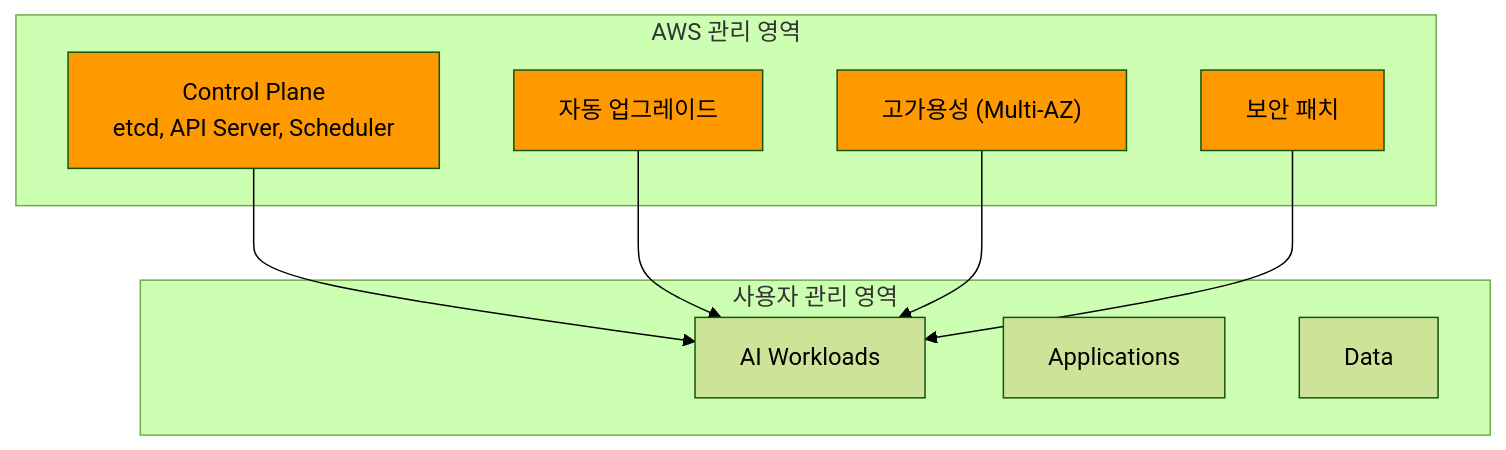
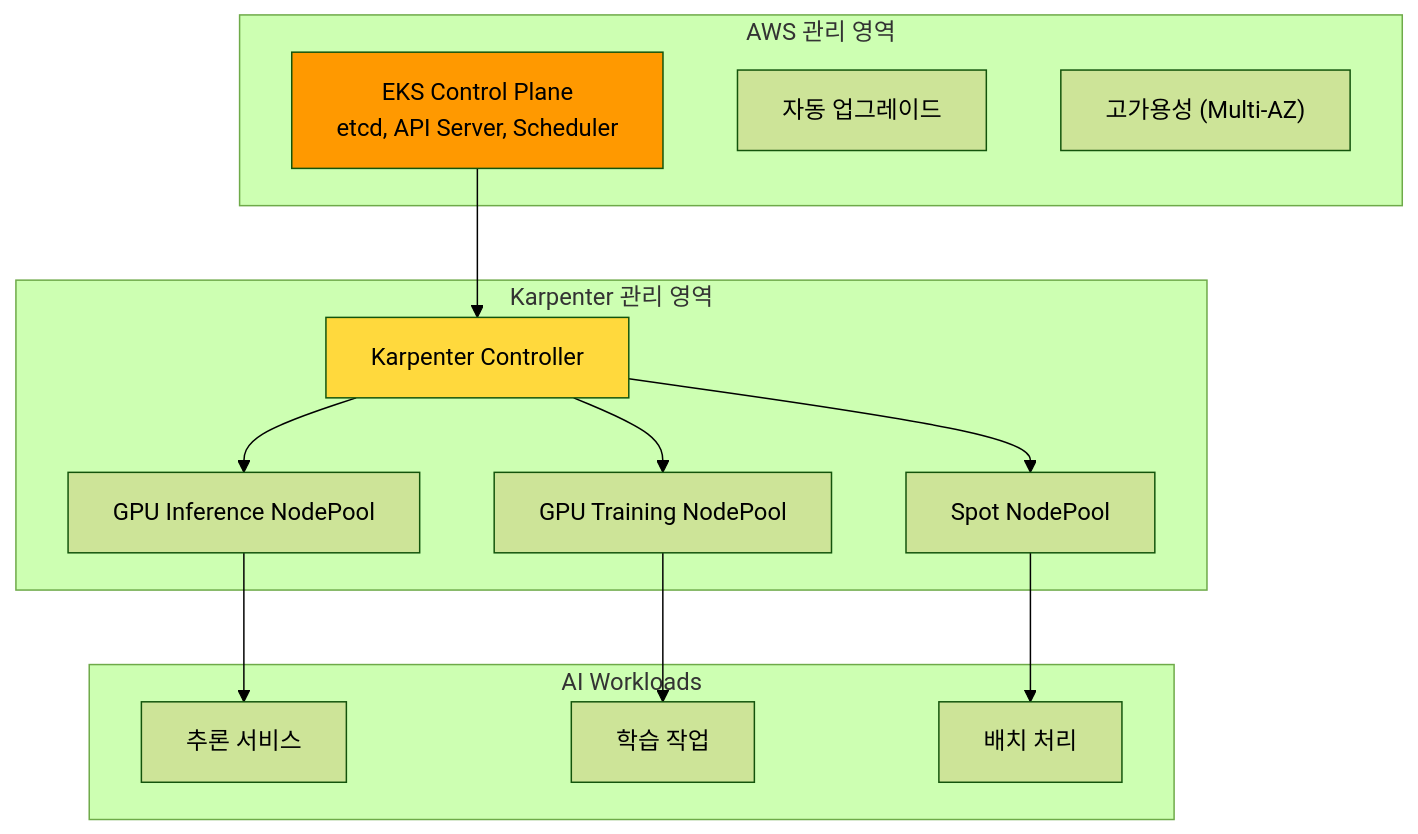
Before and after one commit to devfloor9/engineering-playbook: the ninth of 9 diagrams in docs/genai-aiml/agentic-ai-challenges.md, drawn with Mermaid (forest theme). The commit also changed other lines of this file and 11 other files, not shown here.

````diff
--- a/docs/genai-aiml/agentic-ai-challenges.md
+++ b/docs/genai-aiml/agentic-ai-challenges.md
@@ -678,25 +920,32 @@
 ```mermaid
 graph TB
     subgraph "AWS 관리 영역"
-        CP["Control Plane<br/>etcd, API Server, Scheduler"]
+        CP["EKS Control Plane<br/>etcd, API Server, Scheduler"]
         UP["자동 업그레이드"]
         HA["고가용성 (Multi-AZ)"]
-        SEC["보안 패치"]
     end
-    
-    subgraph "사용자 관리 영역"
-        WL["AI Workloads"]
-        APP["Applications"]
-        DATA["Data"]
+
+    subgraph "Karpenter 관리 영역"
+        KARP["Karpenter Controller"]
+        NP1["GPU Inference NodePool"]
+        NP2["GPU Training NodePool"]
+        NP3["Spot NodePool"]
     end
-    
-    CP --> WL
-    UP --> WL
-    HA --> WL
-    SEC --> WL
-    
+
+    subgraph "AI Workloads"
+        INF["추론 서비스"]
+        TRAIN["학습 작업"]
+        BATCH["배치 처리"]
+    end
+
+    CP --> KARP
+    KARP --> NP1
+    KARP --> NP2
+    KARP --> NP3
+    NP1 --> INF
+    NP2 --> TRAIN
+    NP3 --> BATCH
+
     style CP fill:#ff9900
-    style UP fill:#ff9900
-    style HA fill:#ff9900
-    style SEC fill:#ff9900
+    style KARP fill:#ffd93d
 ```
````
